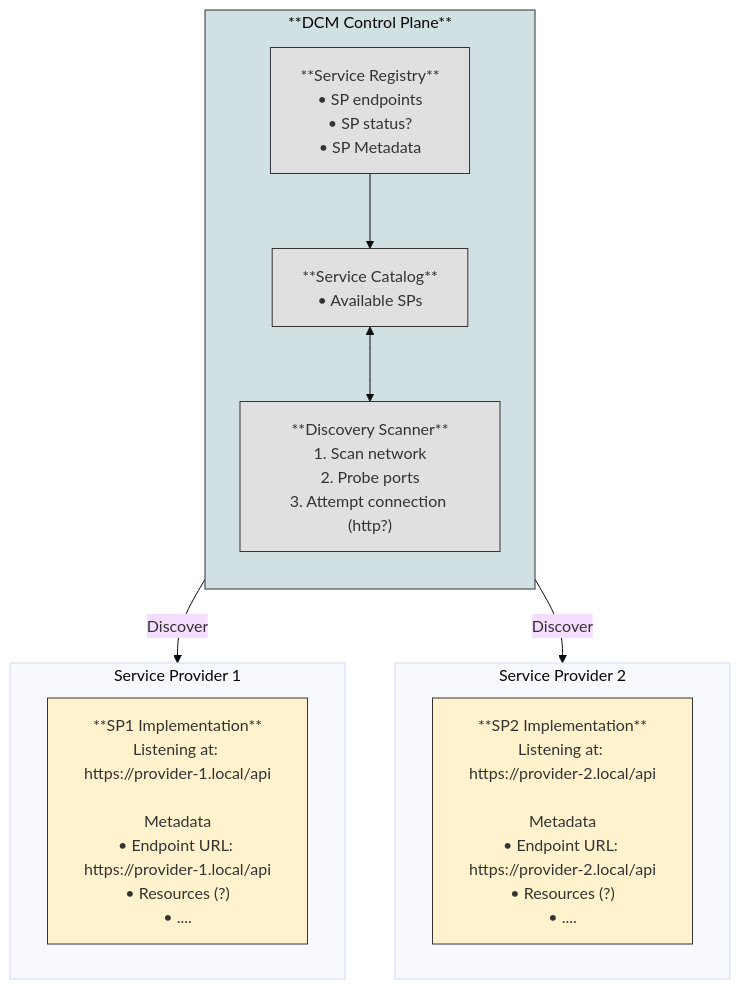
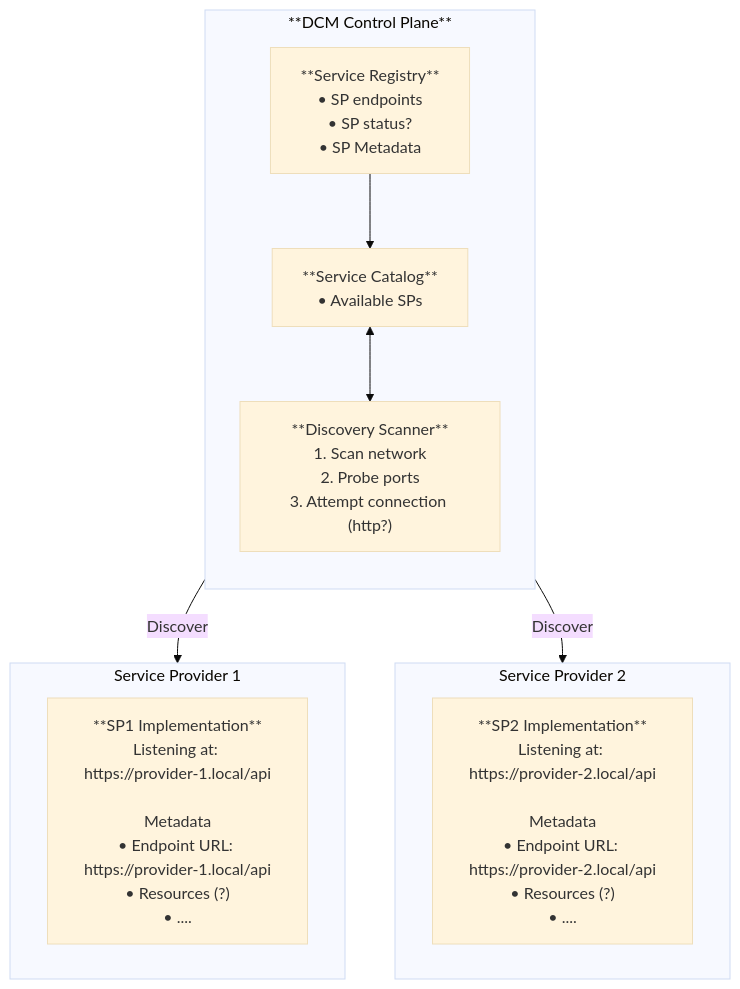
The second of 3 diagrams in enhancements/sp-registration-flow/sp-registration-flow.md (dcm-project/enhancements), drawn with Mermaid (base theme) before and after one commit. The commit also changed other lines of this file, not shown here.

First line of the commit message:
Remove custom Mermaid styles for website compatibility

````diff
--- a/enhancements/sp-registration-flow/sp-registration-flow.md
+++ b/enhancements/sp-registration-flow/sp-registration-flow.md
@@ -321,29 +310,23 @@
 ```mermaid
 flowchart TD
-    classDef controlPlane fill:#d0e0e3,stroke:#333,stroke-width:1px;
-    classDef spNode fill:#fff2cc,stroke:#333,stroke-width:1px;
-    classDef innerNode fill:#e0e0e0,stroke:#333,stroke-width:1px;
-
     subgraph DCM_Control_Plane [**DCM Control Plane**]
         direction TB
-        ServiceRegistry["**Service Registry**<br/>• SP endpoints<br/>• SP status?<br/>• SP Metadata"]:::innerNode
-        ServiceCatalog["**Service Catalog**<br/>• Available SPs<br/>"]:::innerNode
-        DiscoveryScanner["**Discovery Scanner**<br/>1. Scan network<br/>2. Probe ports<br/>3. Attempt connection (http?)"]:::innerNode
+        ServiceRegistry["**Service Registry**<br/>• SP endpoints<br/>• SP status?<br/>• SP Metadata"]
+        ServiceCatalog["**Service Catalog**<br/>• Available SPs<br/>"]
+        DiscoveryScanner["**Discovery Scanner**<br/>1. Scan network<br/>2. Probe ports<br/>3. Attempt connection (http?)"]
 
         ServiceRegistry --> ServiceCatalog
         ServiceCatalog <--> DiscoveryScanner
     end
 
     subgraph SP1 [Service Provider 1]
-        SP1_Impl["**SP1 Implementation**<br/>Listening at: https://provider-1.local/api<br/><br/>Metadata<br/>• Endpoint URL: https://provider-1.local/api<br/>• Resources (?)<br/>• ...."]:::spNode
+        SP1_Impl["**SP1 Implementation**<br/>Listening at: https://provider-1.local/api<br/><br/>Metadata<br/>• Endpoint URL: https://provider-1.local/api<br/>• Resources (?)<br/>• ...."]
     end
 
     subgraph SP2 [Service Provider 2]
-        SP2_Impl["**SP2 Implementation**<br/>Listening at: https://provider-2.local/api<br/><br/>Metadata<br/>• Endpoint URL: https://provider-2.local/api<br/>• Resources (?)<br/>• ...."]:::spNode
+        SP2_Impl["**SP2 Implementation**<br/>Listening at: https://provider-2.local/api<br/><br/>Metadata<br/>• Endpoint URL: https://provider-2.local/api<br/>• Resources (?)<br/>• ...."]
     end
 
     DiscoveryScanner -- Discover --> SP1
     DiscoveryScanner -- Discover --> SP2
-
-    class DCM_Control_Plane controlPlane
 ```
````
